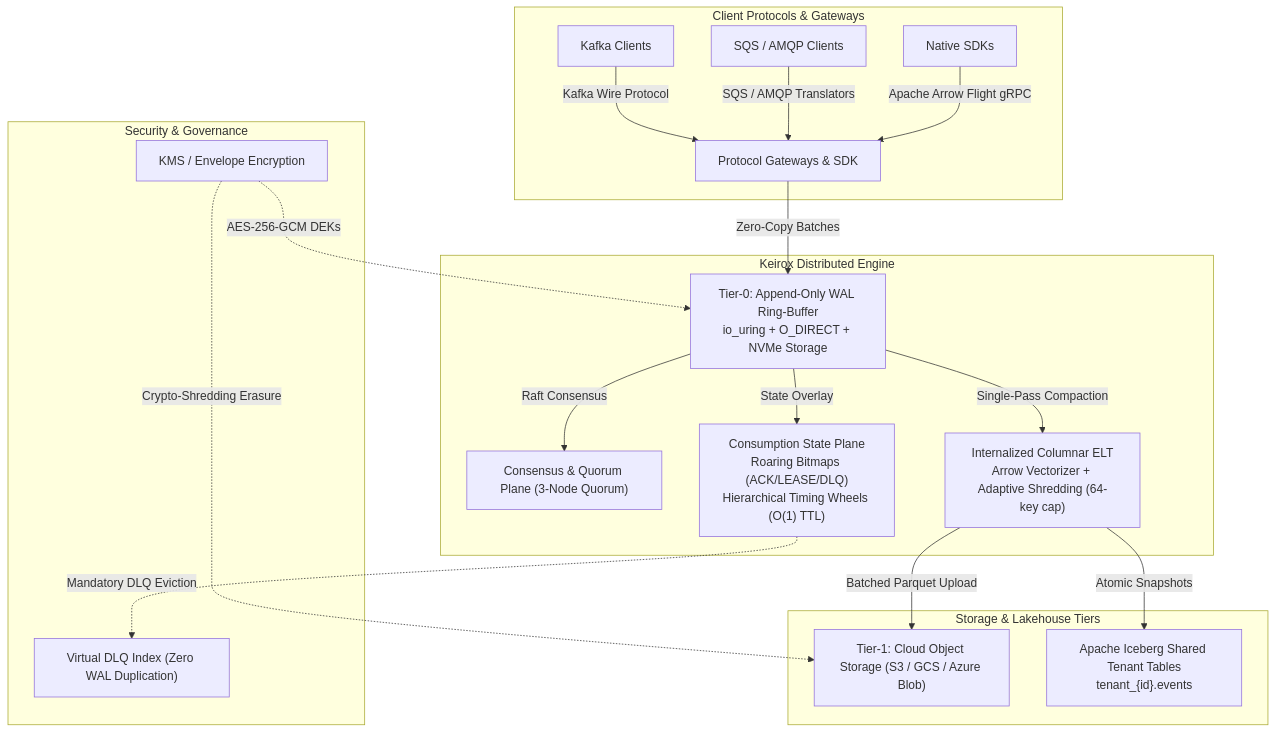
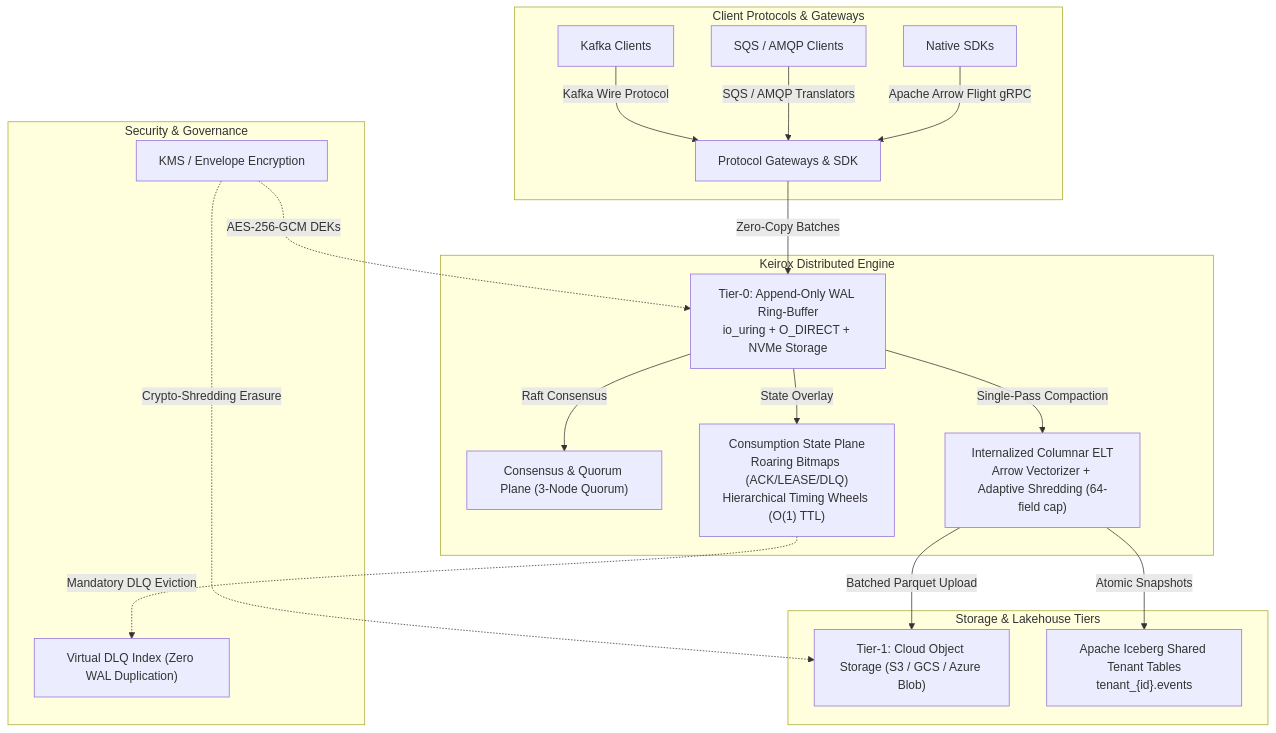
One commit to seismael/keirox changed the diagram in README.md. Above: the diagram before and after it, drawn with Mermaid. The commit also changed other lines of this file and 59 other files, not shown here.

````diff
--- a/README.md
+++ b/README.md
@@ -30,28 +32,28 @@
 ```mermaid
 flowchart TD
     subgraph Ingress["Client Protocols & Gateways"]
         K[Kafka Clients] -->|Kafka Wire Protocol| GW[Protocol Gateways & SDK]
         S[SQS / AMQP Clients] -->|SQS / AMQP Translators| GW
         N[Native SDKs] -->|Apache Arrow Flight gRPC| GW
     end
 
     subgraph Core["Keirox Distributed Engine"]
         GW -->|Zero-Copy Batches| WAL["Tier-0: Append-Only WAL Ring-Buffer\nio_uring + O_DIRECT + NVMe Storage"]
         WAL -->|Raft Consensus| RAFT["Consensus & Quorum Plane (3-Node Quorum)"]
         
         WAL -->|State Overlay| STATE["Consumption State Plane\nRoaring Bitmaps (ACK/LEASE/DLQ)\nHierarchical Timing Wheels (O(1) TTL)"]
         
-        WAL -->|Single-Pass Compaction| ELT["Internalized Columnar ELT\nArrow Vectorizer + Adaptive Shredding (64-key cap)"]
+        WAL -->|Single-Pass Compaction| ELT["Internalized Columnar ELT\nArrow Vectorizer + Adaptive Shredding (64-field cap)"]
     end
 
     subgraph Storage["Storage & Lakehouse Tiers"]
         ELT -->|Batched Parquet Upload| S3["Tier-1: Cloud Object Storage (S3 / GCS / Azure Blob)"]
         ELT -->|Atomic Snapshots| ICEBERG["Apache Iceberg Shared Tenant Tables\ntenant_{id}.events"]
     end
 
     subgraph Security["Security & Governance"]
         KMS["KMS / Envelope Encryption"] -.->|AES-256-GCM DEKs| WAL
         KMS -.->|Crypto-Shredding Erasure| S3
         STATE -.->|Mandatory DLQ Eviction| VDLQ["Virtual DLQ Index (Zero WAL Duplication)"]
     end
 ```
````
